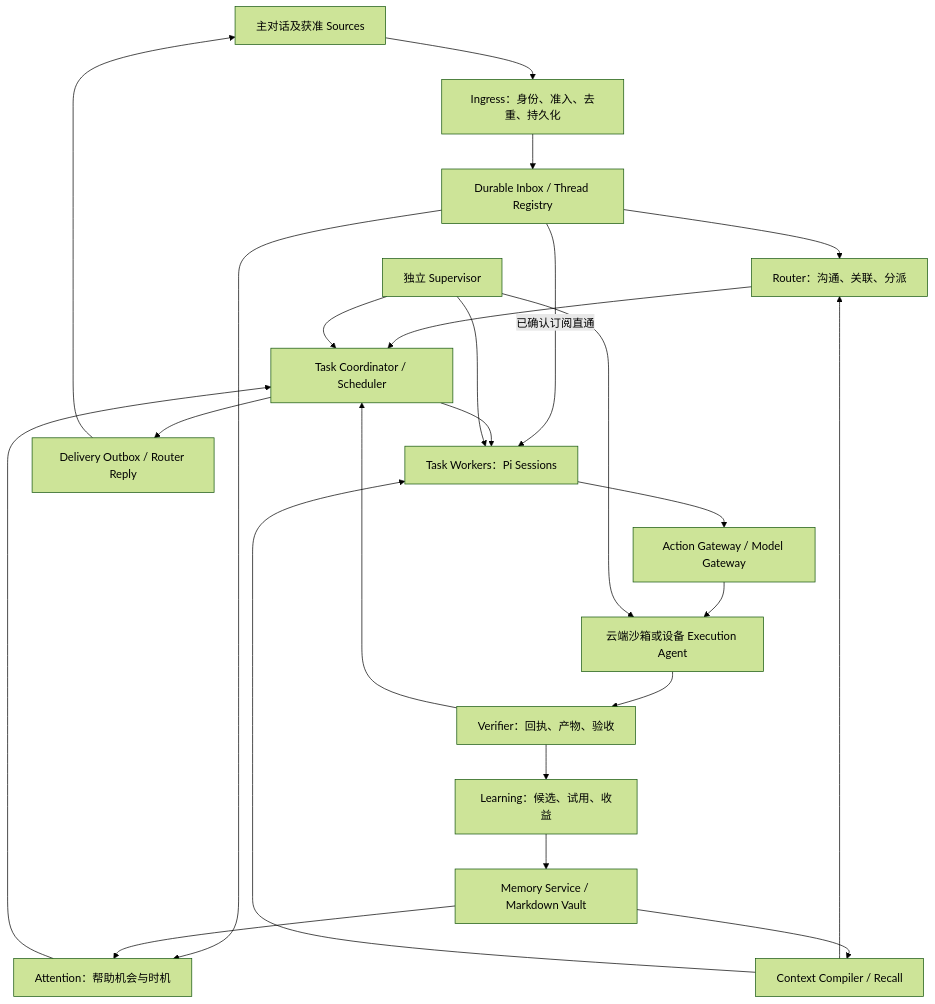
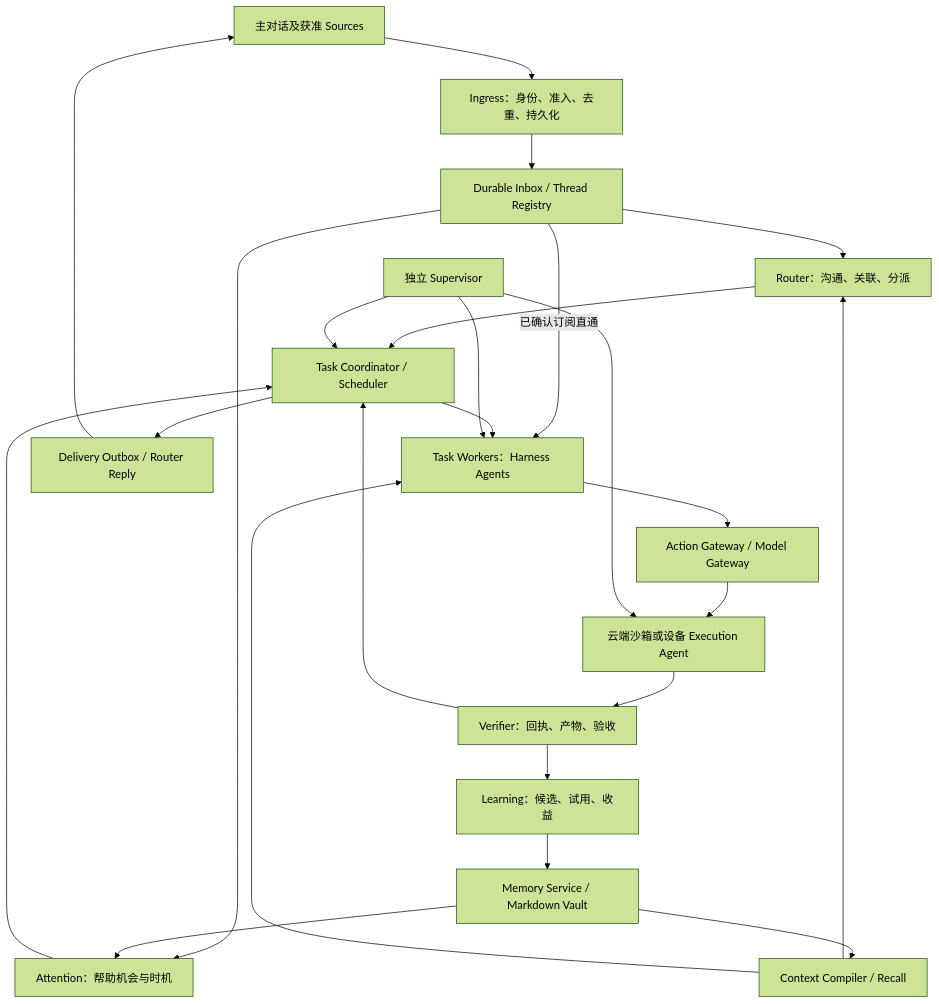
One commit to ntygod/zhiwei-next changed the diagram in docs/architecture/overview.md. Above: the diagram before and after it, drawn with Mermaid (forest theme). The commit also changed other lines of this file and 17 other files, not shown here.

Commit message:
docs(architecture): 采用 Harness 宿主与独立插件开发

````diff
--- a/docs/architecture/overview.md
+++ b/docs/architecture/overview.md
@@ -15,26 +15,26 @@
 ```mermaid
 flowchart TB
   S[主对话及获准 Sources] --> I[Ingress：身份、准入、去重、持久化]
   I --> B[Durable Inbox / Thread Registry]
   B --> R[Router：沟通、关联、分派]
-  B -->|已确认订阅直通| W[Task Workers：Pi Sessions]
+  B -->|已确认订阅直通| W[Task Workers：Harness Agents]
   R --> T[Task Coordinator / Scheduler]
   T --> W
   W --> G[Action Gateway / Model Gateway]
   G --> E[云端沙箱或设备 Execution Agent]
   E --> V[Verifier：回执、产物、验收]
   V --> T
   V --> L[Learning：候选、试用、收益]
   L --> M[Memory Service / Markdown Vault]
   M --> C[Context Compiler / Recall]
   C --> R
   C --> W
   B --> A[Attention：帮助机会与时机]
   M --> A
   A --> T
   T --> O[Delivery Outbox / Router Reply]
   O --> S
   H[独立 Supervisor] --> T
   H --> W
   H --> E
 ```
````
